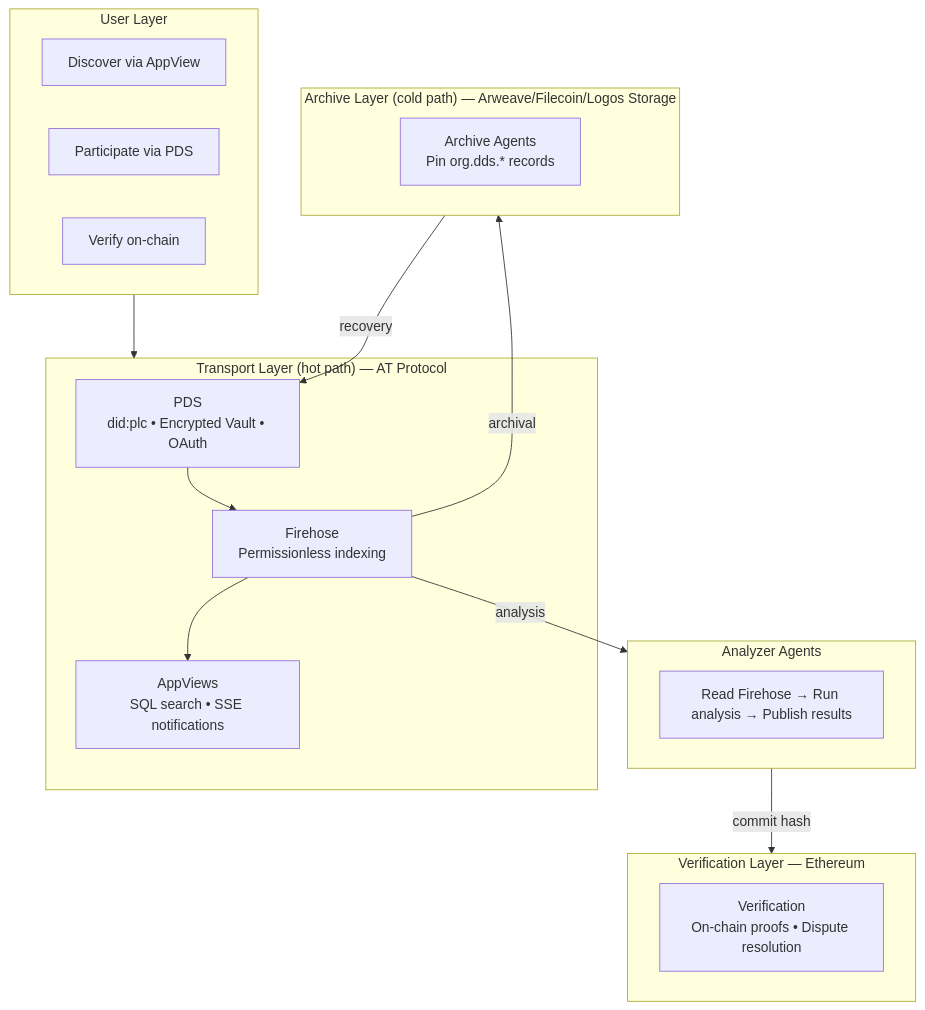
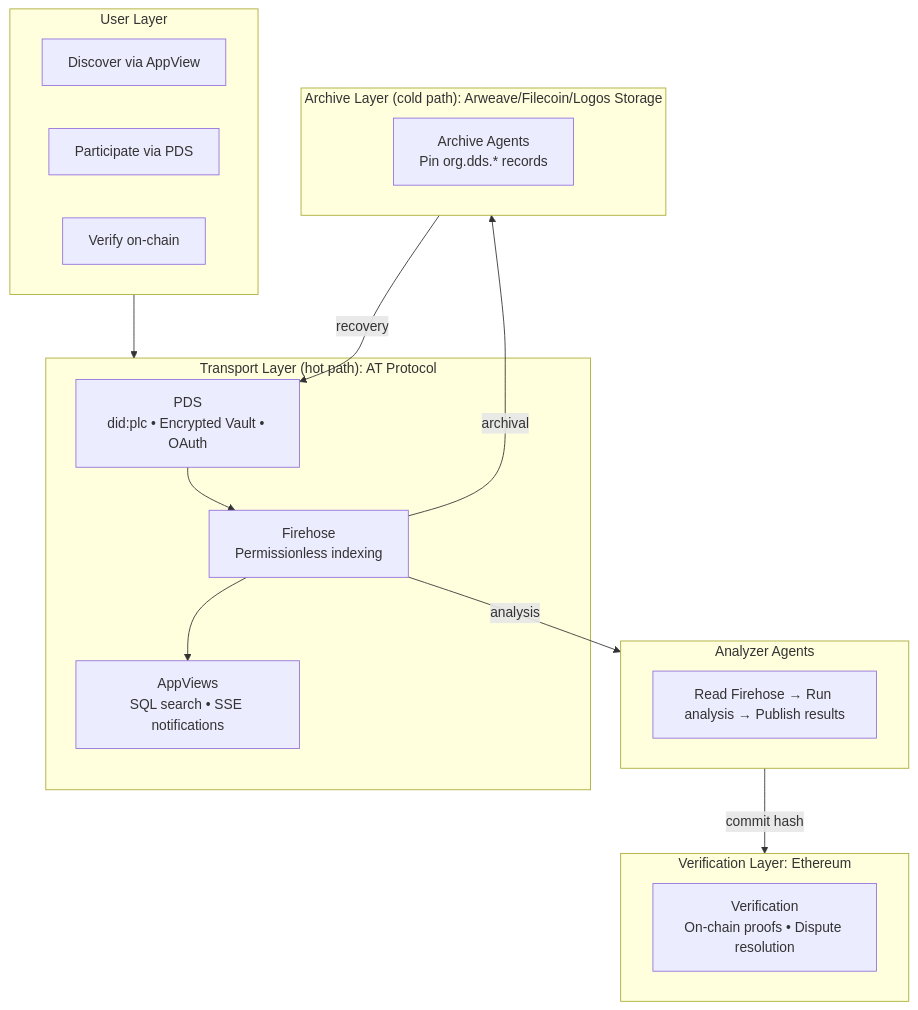
The first of 2 diagrams in spec/0001-dds-protocol.md (dds-wg/dds), drawn with Mermaid before and after one commit. The commit also changed other lines of this file and 10 other files, not shown here.

````diff
--- a/spec/0001-dds-protocol.md
+++ b/spec/0001-dds-protocol.md
@@ -35,33 +35,33 @@
 ```mermaid
 flowchart TB
     subgraph User["User Layer"]
         Discover[Discover via AppView]
         Participate[Participate via PDS]
         Verify[Verify on-chain]
     end
 
-    subgraph Transport["Transport Layer (hot path) — AT Protocol"]
+    subgraph Transport["Transport Layer (hot path): AT Protocol"]
         PDS["PDS<br/>did:plc • Encrypted Vault • OAuth"]
         Firehose["Firehose<br/>Permissionless indexing"]
         AppView["AppViews<br/>SQL search • SSE notifications"]
         PDS --> Firehose --> AppView
     end
 
-    subgraph Archive["Archive Layer (cold path) — Arweave/Filecoin/Logos Storage"]
+    subgraph Archive["Archive Layer (cold path): Arweave/Filecoin/Logos Storage"]
         ArchiveAgents["Archive Agents<br/>Pin org.dds.* records"]
     end
 
-    subgraph Verification["Verification Layer — Ethereum"]
+    subgraph Verification["Verification Layer: Ethereum"]
         Truth["Verification<br/>On-chain proofs • Dispute resolution"]
     end
 
     subgraph Analyzer["Analyzer Agents"]
         Compute["Read Firehose → Run analysis → Publish results"]
     end
 
     User --> Transport
     Firehose -->|archival| Archive
     Firehose -->|analysis| Analyzer
     Analyzer -->|commit hash| Verification
     Archive -->|recovery| PDS
 ```
````
